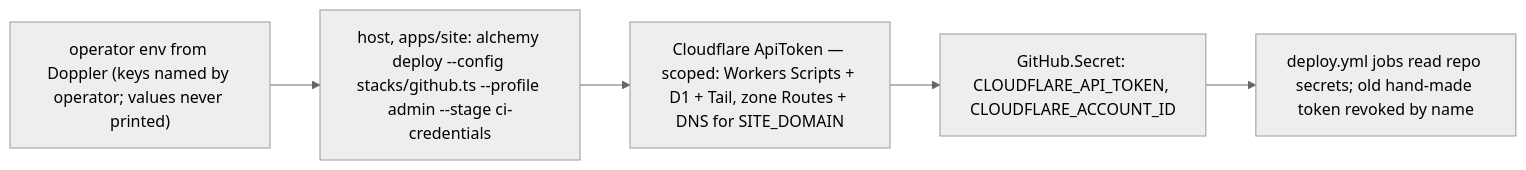
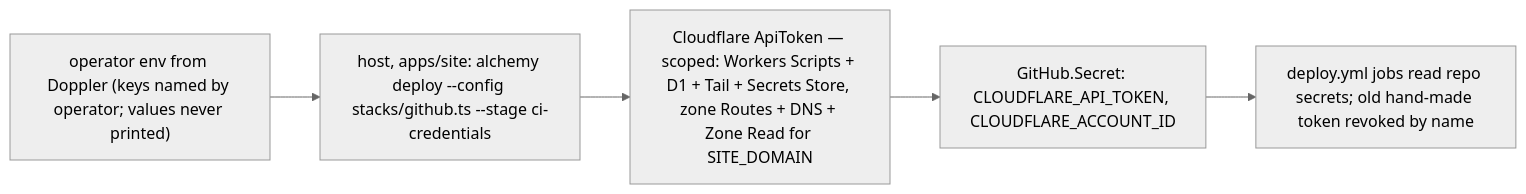
One commit to systemfsoftware/effect-endgame-starter-kit changed the second of 2 diagrams in docs/plans/2026-10-30-0345-feat-sys-900-alchemy-ci-deploy-plan.md. Above: the diagram before and after it, drawn with Mermaid (neutral theme). The commit also changed other lines of this file, not shown here.

First line of the commit message:
docs(plan): match the bootstrap invocation and token grants to the code

````diff
--- a/docs/plans/2026-10-30-0345-feat-sys-900-alchemy-ci-deploy-plan.md
+++ b/docs/plans/2026-10-30-0345-feat-sys-900-alchemy-ci-deploy-plan.md
@@ -153,7 +153,7 @@
 ```mermaid
 flowchart LR
-  O["operator env from Doppler (keys named by operator; values never printed)"] --> Q["host, apps/site: alchemy deploy --config stacks/github.ts --profile admin --stage ci-credentials"]
-  Q --> R["Cloudflare ApiToken — scoped: Workers Scripts + D1 + Tail, zone Routes + DNS for SITE_DOMAIN"]
+  O["operator env from Doppler (keys named by operator; values never printed)"] --> Q["host, apps/site: alchemy deploy --config stacks/github.ts --stage ci-credentials"]
+  Q --> R["Cloudflare ApiToken — scoped: Workers Scripts + D1 + Tail + Secrets Store, zone Routes + DNS + Zone Read for SITE_DOMAIN"]
   R --> S["GitHub.Secret: CLOUDFLARE_API_TOKEN, CLOUDFLARE_ACCOUNT_ID"]
   S --> T["deploy.yml jobs read repo secrets; old hand-made token revoked by name"]
 ```
````
